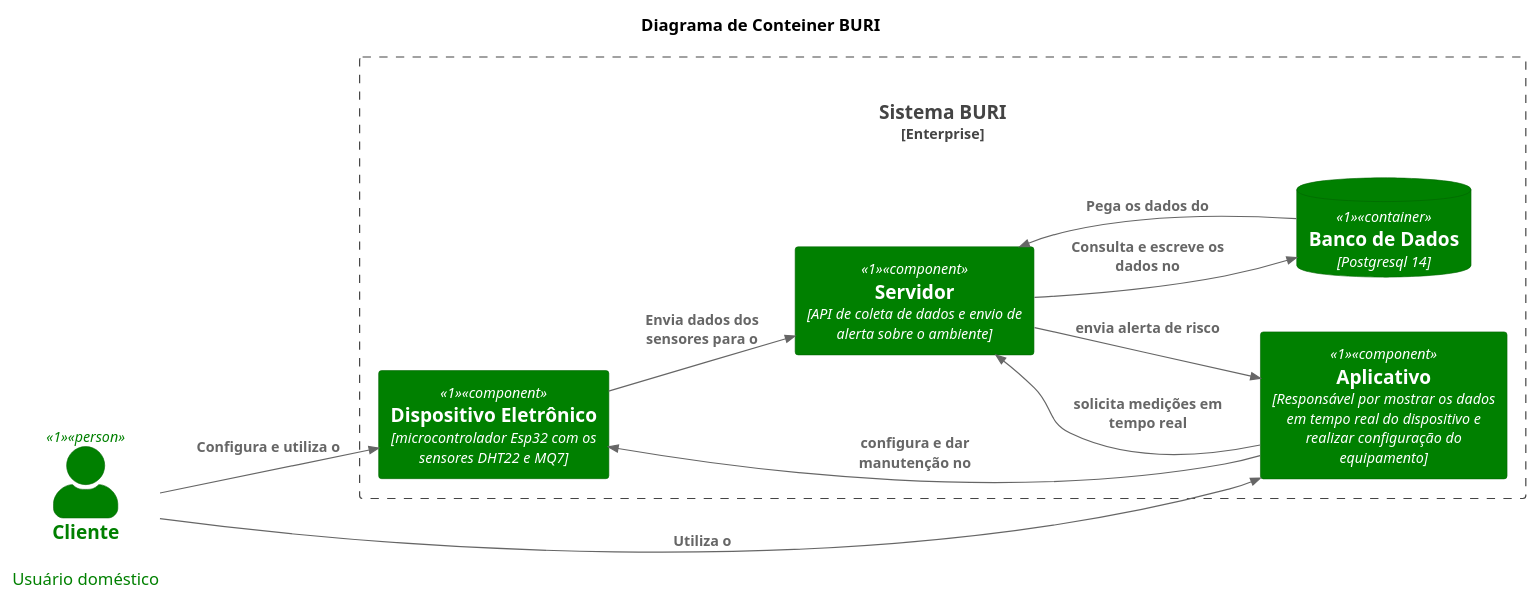
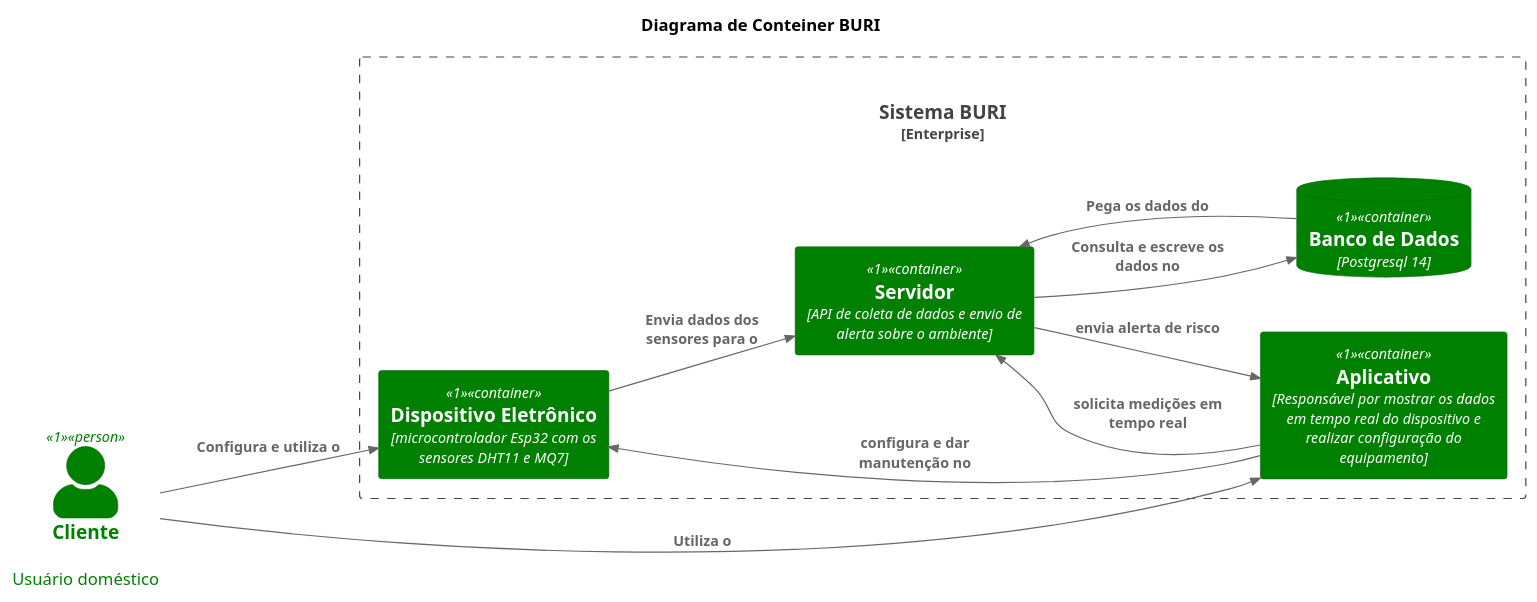
Before and after one commit to adevancomp/TCC-Android-Embarcado-BURI: the diagram in main/source/arquitetura-buri-container-lv-2.puml, drawn with PlantUML. The commit also changed 7 other files, not shown here.

```diff
--- a/main/source/arquitetura-buri-container-lv-2.puml
+++ b/main/source/arquitetura-buri-container-lv-2.puml
@@ -1,32 +1,32 @@
 @startuml Ecopoints
 !include https://raw.githubusercontent.com/plantuml-stdlib/C4-PlantUML/master/C4_Context.puml
 !include https://raw.githubusercontent.com/plantuml-stdlib/C4-PlantUML/master/C4_Container.puml
 !include https://raw.githubusercontent.com/plantuml-stdlib/C4-PlantUML/master/C4_Component.puml
 
 SHOW_PERSON_PORTRAIT()
 LAYOUT_LEFT_RIGHT()
 
 title Diagrama de Conteiner BURI
 
 AddElementTag("1", $bgColor="Green", $borderColor="DarkGreen", $fontColor="White")
 
 Person(user_app, "Cliente" ,"Usuário doméstico", $tags="1")
 
 Enterprise_Boundary(buri_system,"Sistema BURI"){
-    Component(equipment,"Dispositivo Eletrônico","microcontrolador Esp32 com os sensores DHT22 e MQ7", $tags="1")
-    Component(server,"Servidor","API de coleta de dados e envio de alerta sobre o ambiente", $tags="1")
-    Component(app,"Aplicativo","Responsável por mostrar os dados em tempo real do dispositivo e realizar configuração do equipamento", $tags="1")
+    Container(equipment,"Dispositivo Eletrônico","microcontrolador Esp32 com os sensores DHT11 e MQ7", $tags="1")
+    Container(server,"Servidor","API de coleta de dados e envio de alerta sobre o ambiente", $tags="1")
+    Container(app,"Aplicativo","Responsável por mostrar os dados em tempo real do dispositivo e realizar configuração do equipamento", $tags="1")
     ContainerDb(db, "Banco de Dados", "Postgresql 14", $tags="1")
 }
 
 Rel(server, db, "Consulta e escreve os dados no")
 Rel(db, server, "Pega os dados do")
 Rel(app,server,"solicita medições em tempo real")
 Rel(equipment,server,"Envia dados dos sensores para o")
 Rel(app,equipment,"configura e dar manutenção no")
 Rel(server,app,"envia alerta de risco")
 Rel(user_app,app,"Utiliza o")
 Rel(user_app,equipment,"Configura e utiliza o")
 
 
 @enduml
```
